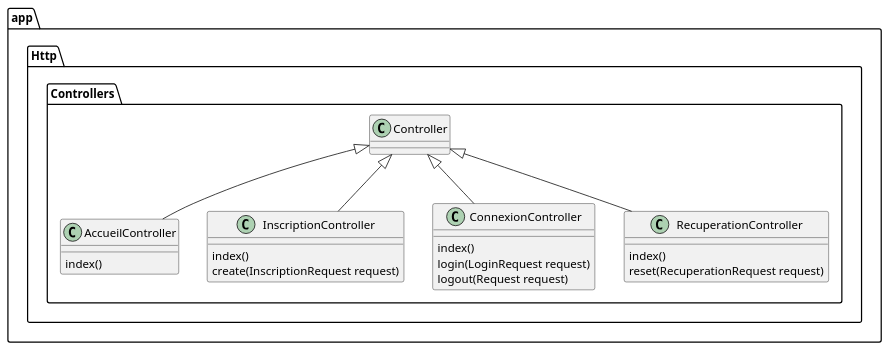
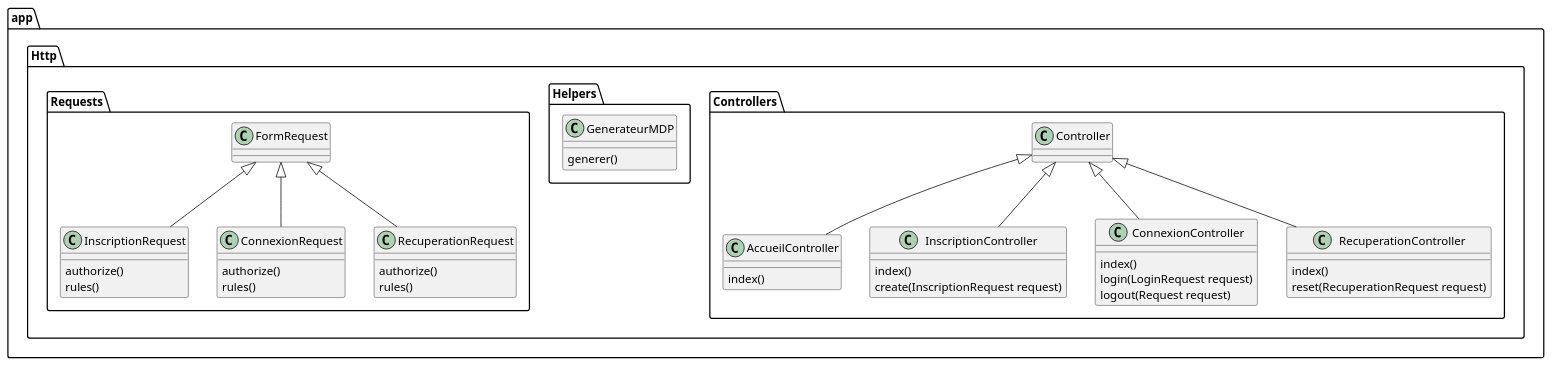
One commit to lmtb06/charevent changed the diagram in diagrammes/classes.puml. Above: the diagram before and after it, drawn with PlantUML.

Commit message:
Mise à jour du diagramme de classes

```diff
--- a/diagrammes/classes.puml
+++ b/diagrammes/classes.puml
@@ -1,30 +1,53 @@
 @startuml
 
 package app.Http.Controllers {
 	class Controller
 
 	class AccueilController extends Controller {
 		index()
 	}
 
 	class InscriptionController extends Controller {
 		index()
 		create(InscriptionRequest request)
 	}
 
 	class ConnexionController extends Controller{
 		index()
 		login(LoginRequest request)
 		logout(Request request)
 	}
 
 	class RecuperationController extends Controller {
 		index()
 		reset(RecuperationRequest request)
 	}
 
+}
+
+package app.Http.Helpers {
 	' class ApiFetcher {
 	' 	fetch(String $url)
 	' }
+	class GenerateurMDP {
+		generer()
+	}
+}
+
+package app.Http.Requests {
+	class InscriptionRequest extends FormRequest {
+		authorize()
+		rules()
+	}
+
+	class ConnexionRequest extends FormRequest {
+		authorize()
+		rules()
+	}
+
+	class RecuperationRequest extends FormRequest {
+		authorize()
+		rules()
+	}
 }
 @enduml
```
